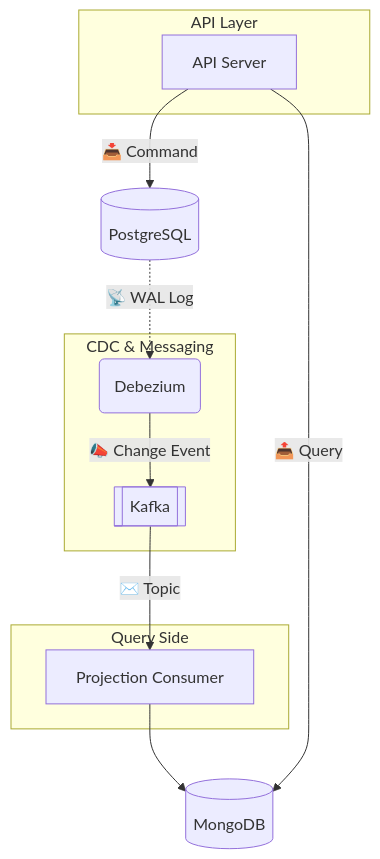
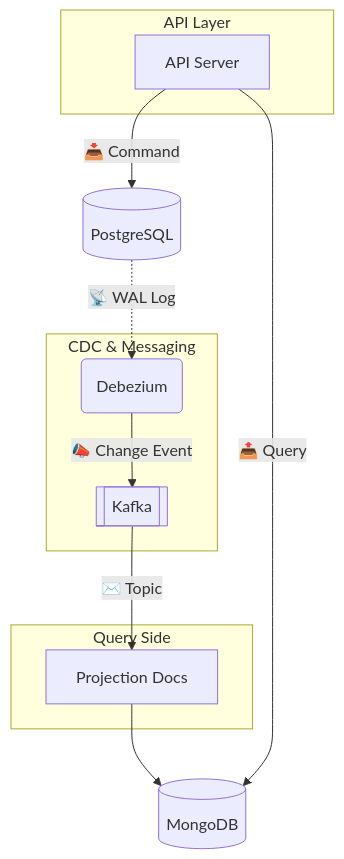
One commit to NarciSource/Pre-Onboarding-Challenge-BE-31 changed the second of 4 diagrams in README.md. Above: the diagram before and after it, drawn with Mermaid. The commit also changed other lines of this file and 58 other files, not shown here.

Commit message:
rename: projection-worker에서 proj-docs로 변경

````diff
--- a/README.md
+++ b/README.md
@@ -227,34 +227,34 @@
 ```mermaid
 graph TD
    subgraph "API Layer"
       api[API Server]
    end
       mongo[(MongoDB)]
       postgres[(PostgreSQL)]
 
    subgraph "CDC & Messaging"
       cdc@{ shape: rounded, label: Debezium }
       kafka@{ shape: subproc, label: Kafka }
    end
 
    subgraph "Query Side"
-      consumer[Projection Consumer]
+      projector[Projection Docs]
    end
 
    %% Command flow
    api -->|📥 Command| postgres
 
    %% CDC Flow
    postgres -.->|📡 WAL Log | cdc
    cdc -->|📣 Change Event| kafka
 
    %% Projection flow
-   kafka -->|✉️ Topic| consumer
-   consumer --> mongo
+   kafka -->|✉️ Topic| projector
+   projector --> mongo
 
    %% Query flow
    api -->|📤 Query| mongo
 
    click api "https://github.com/NarciSource/Pre-Onboarding-Challenge-BE-31/tree/main/apps/api-server"
-   click consumer "https://github.com/NarciSource/Pre-Onboarding-Challenge-BE-31/tree/main/apps/projection-worker"
+   click projector "https://github.com/NarciSource/Pre-Onboarding-Challenge-BE-31/tree/main/apps/proj-docs"
 ```
````
